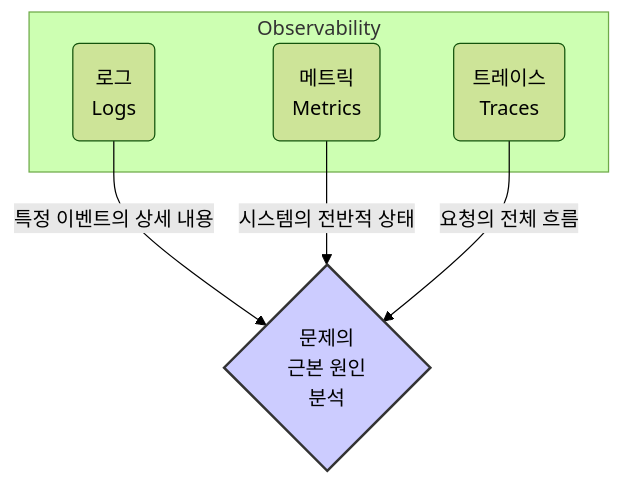
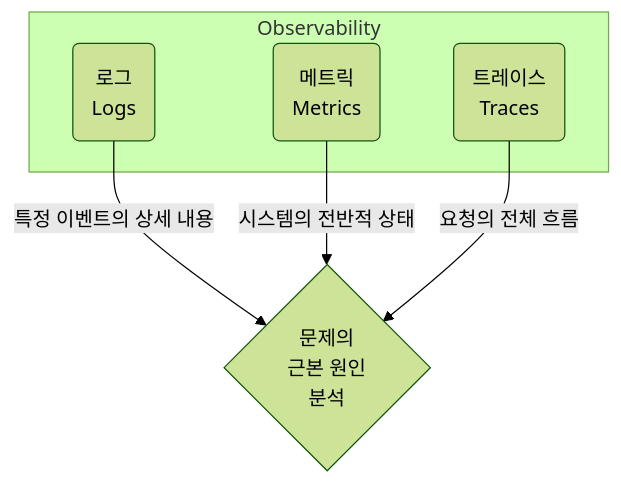
Before and after one commit to harimkang/ai-engineer-guide: the diagram in docs/1-cs-전공-지식/1-7-시스템-디자인-and-성능-최적화/observability.md, drawn with Mermaid (forest theme). The commit also changed 45 other files, not shown here.

````diff
--- a/docs/1-cs-전공-지식/1-7-시스템-디자인-and-성능-최적화/observability.md
+++ b/docs/1-cs-전공-지식/1-7-시스템-디자인-and-성능-최적화/observability.md
@@ -22,14 +22,12 @@
 ```mermaid
 graph TD
     subgraph "Observability"
         A(로그<br>Logs)
         B(메트릭<br>Metrics)
         C(트레이스<br>Traces)
     end
 
     A -- "특정 이벤트의 상세 내용" --> D{문제의<br>근본 원인<br>분석};
     B -- "시스템의 전반적 상태" --> D;
     C -- "요청의 전체 흐름" --> D;
-
-    style D fill:#ccf,stroke:#333,stroke-width:2px
 ```
````
